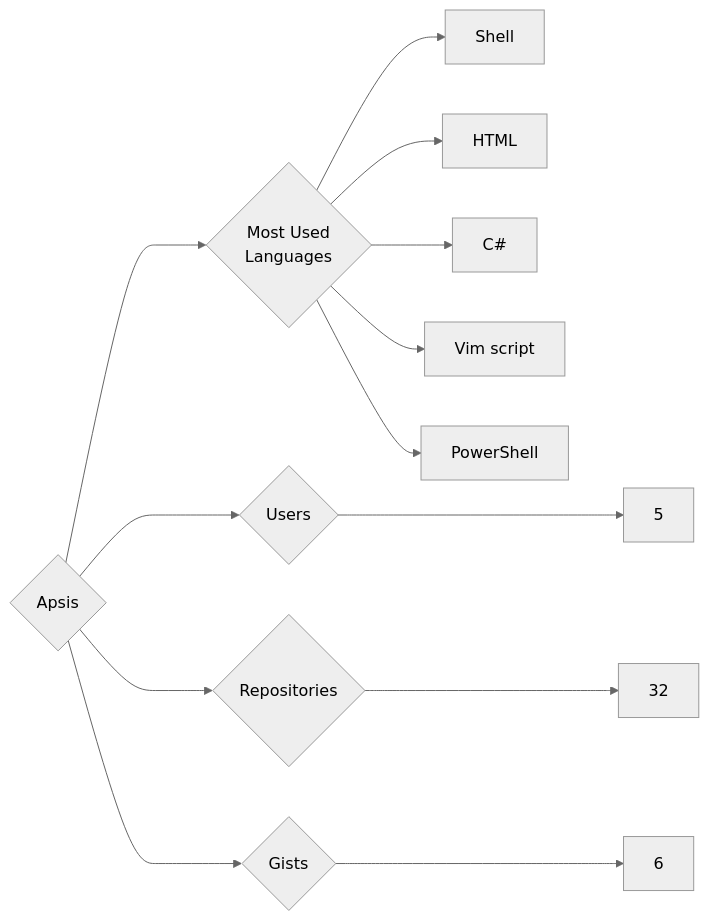
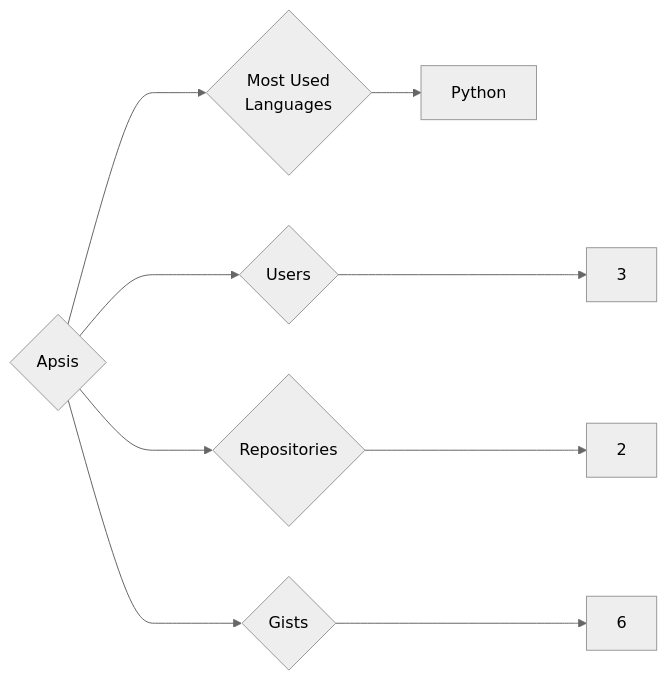
The diagram in targets/Apsis/README.md (trickest/insiders), drawn with Mermaid (neutral theme) before and after one commit. The commit also changed 611 other files, not shown here.

````diff
--- a/targets/Apsis/README.md
+++ b/targets/Apsis/README.md
@@ -3,13 +3,9 @@
 ```mermaid
 graph LR
 COMPANY_NAME{Apsis}
-COMPANY_NAME ---> U{Users} ---> UN[5]
-COMPANY_NAME ---> R{Repositories} ---> RN[32]
+COMPANY_NAME ---> U{Users} ---> UN[3]
+COMPANY_NAME ---> R{Repositories} ---> RN[2]
 COMPANY_NAME ---> G{Gists} ---> GN[6]
 COMPANY_NAME ---> ML{Most Used<br>Languages}
-ML --> Shell[Shell]
-ML --> HTML[HTML]
-ML --> C#[C#]
-ML --> Vim_script[Vim script]
-ML --> PowerShell[PowerShell]
+ML --> Python[Python]
 ```
````
